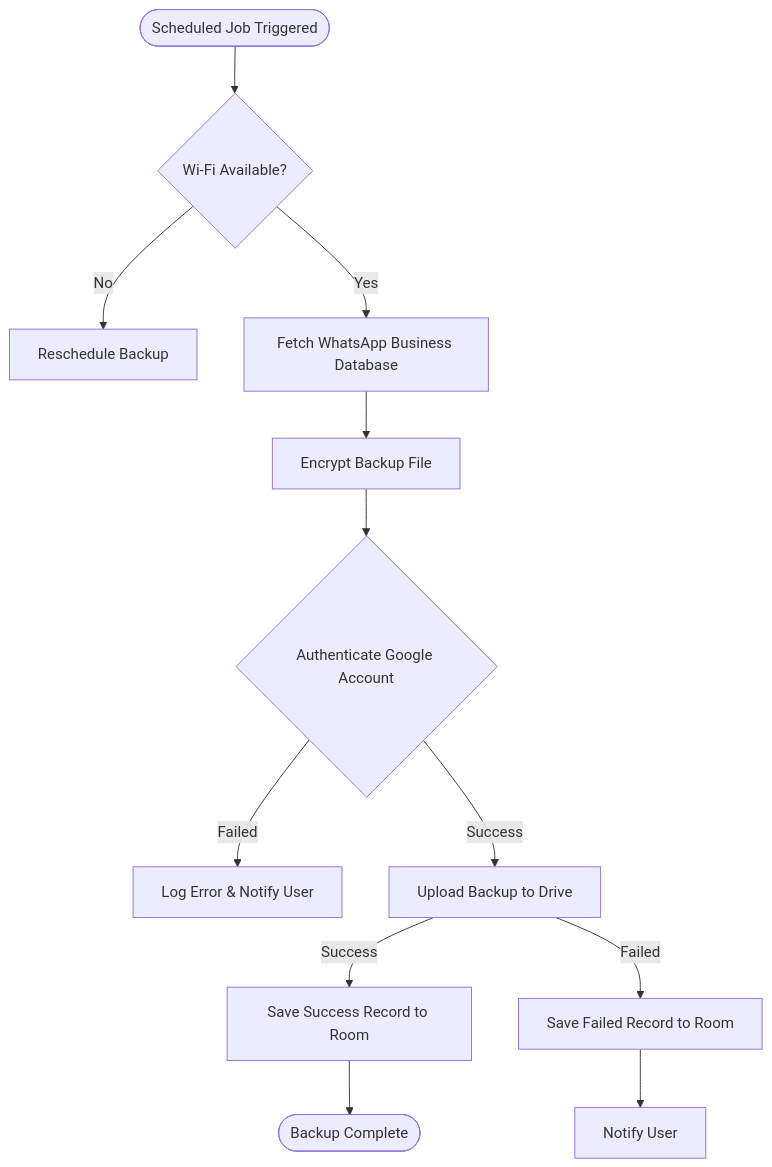
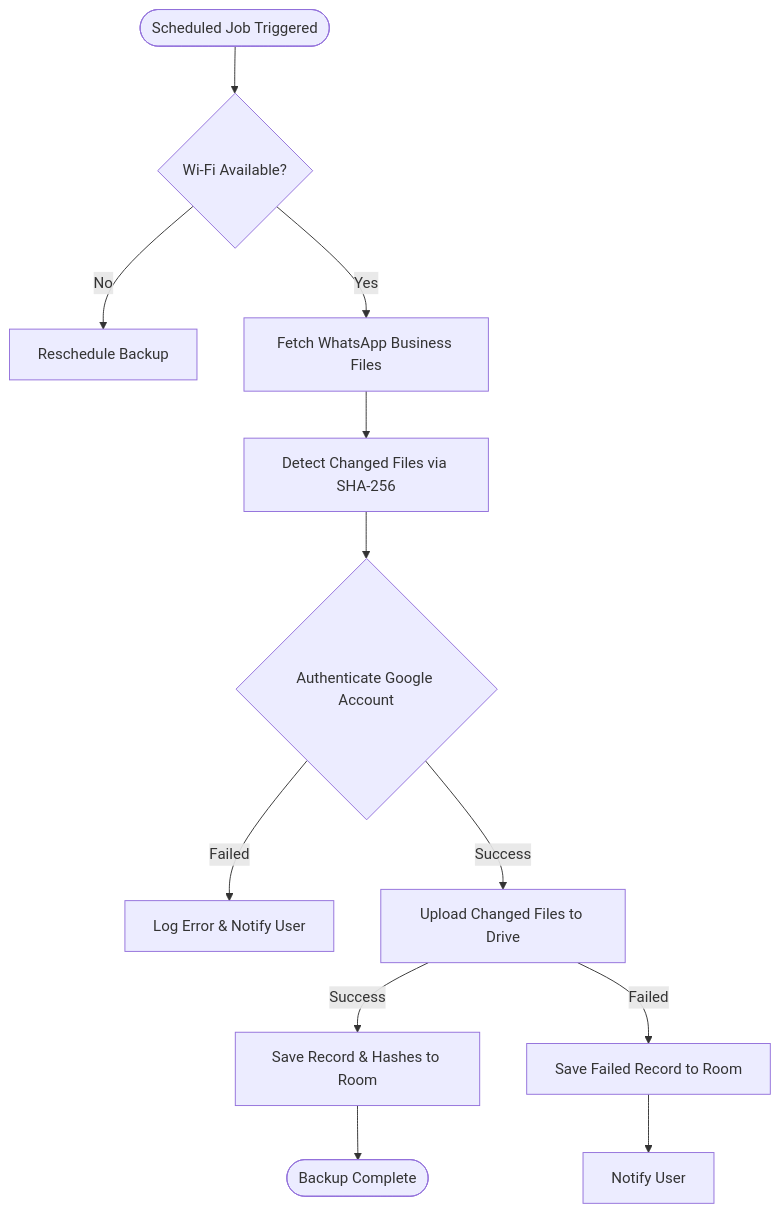
The fourth of 7 diagrams in README.md (nandakumar-nandu/WABackupPro), drawn with Mermaid before and after one commit. The commit also changed other lines of this file and 14 other files, not shown here.

First line of the commit message:
feat: incremental backup with delta detection (skip already-uploaded files)

````diff
--- a/README.md
+++ b/README.md
@@ -39,14 +57,14 @@
 ```mermaid
 graph TD
     Start([Scheduled Job Triggered]) --> CheckNetwork{Wi-Fi Available?}
     CheckNetwork -- No --> Reschedule[Reschedule Backup]
-    CheckNetwork -- Yes --> FetchData[Fetch WhatsApp Business Database]
-    FetchData --> Encrypt[Encrypt Backup File]
-    Encrypt --> Authenticate{Authenticate Google Account}
+    CheckNetwork -- Yes --> FetchData[Fetch WhatsApp Business Files]
+    FetchData --> DeltaScan[Detect Changed Files via SHA-256]
+    DeltaScan --> Authenticate{Authenticate Google Account}
     Authenticate -- Failed --> LogError[Log Error & Notify User]
-    Authenticate -- Success --> Upload[Upload Backup to Drive]
-    Upload -- Success --> SaveRecord[Save Success Record to Room]
+    Authenticate -- Success --> Upload[Upload Changed Files to Drive]
+    Upload -- Success --> SaveRecord[Save Record & Hashes to Room]
     Upload -- Failed --> SaveFailedRecord[Save Failed Record to Room]
     SaveRecord --> Complete([Backup Complete])
     SaveFailedRecord --> NotifyFail[Notify User]
 ```
````
